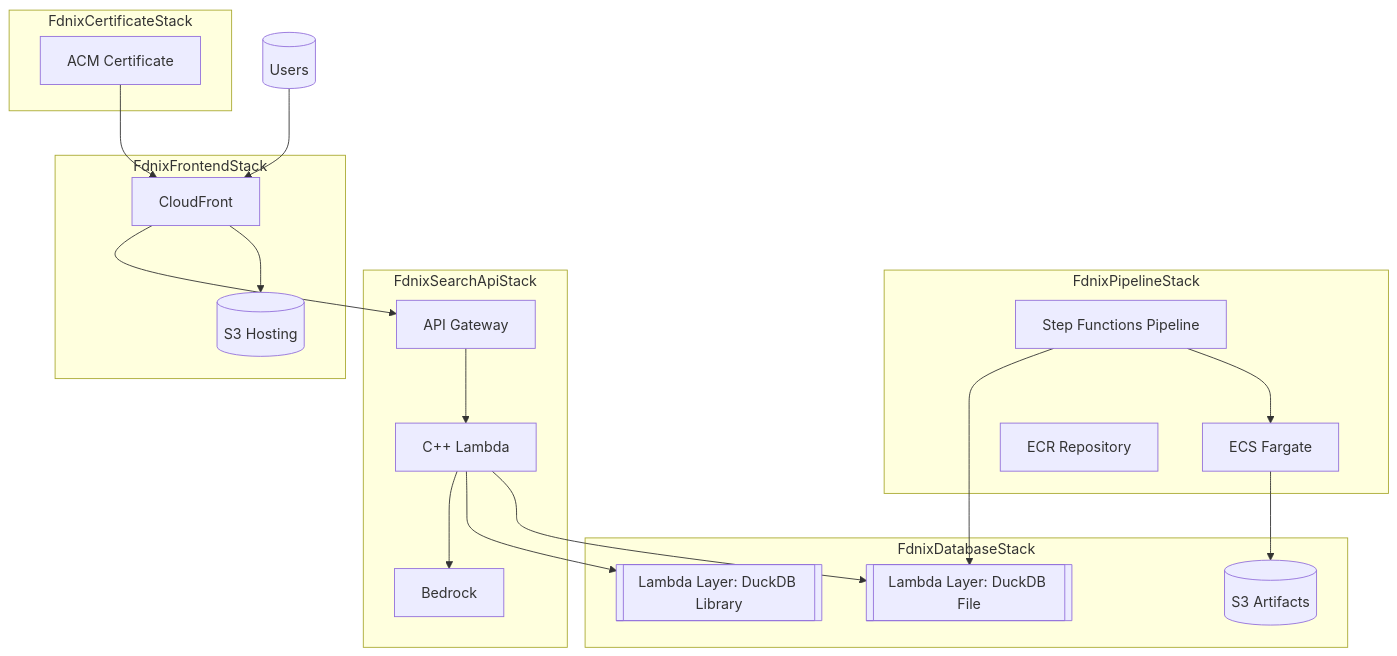
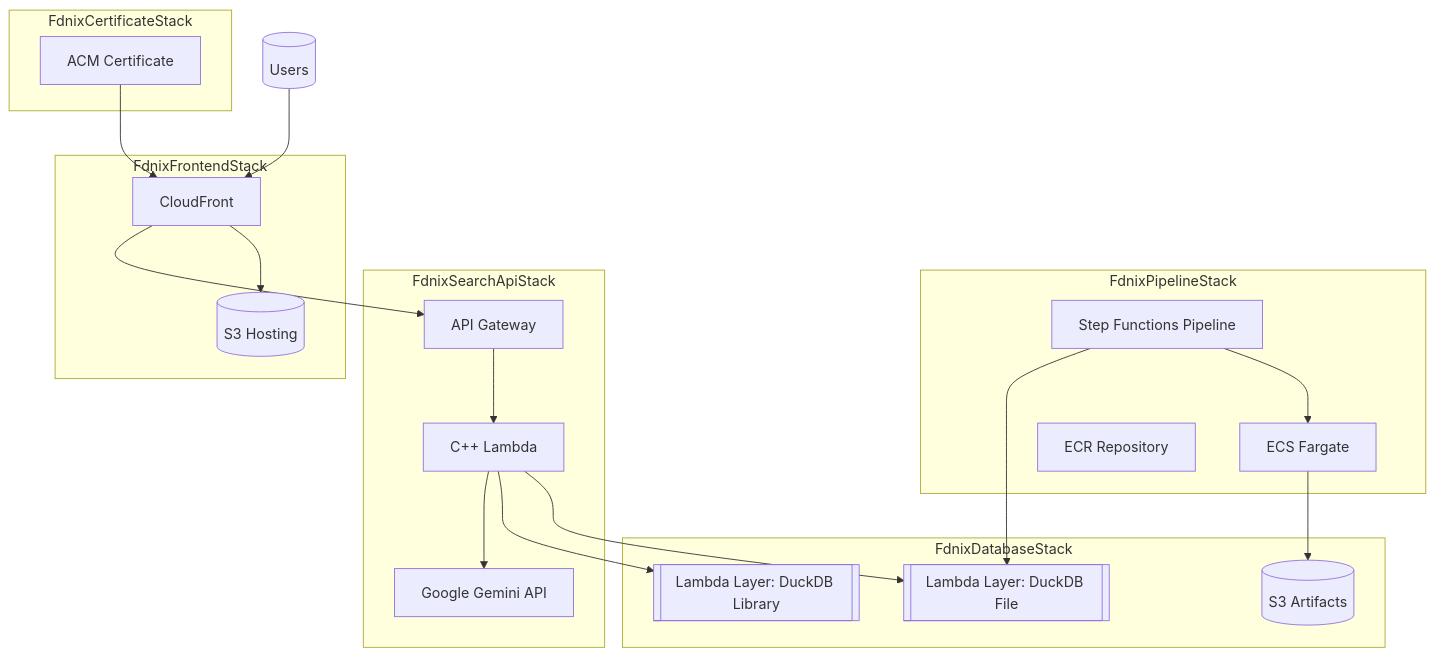
Before and after one commit to james-ralph8555/fdnix: the first of 4 diagrams in packages/cdk/README.md, drawn with Mermaid. The commit also changed other lines of this file and 18 other files, not shown here.

````diff
--- a/packages/cdk/README.md
+++ b/packages/cdk/README.md
@@ -17,43 +17,43 @@
 ```mermaid
 graph TD
     subgraph "FdnixCertificateStack"
         cert[ACM Certificate]
     end
 
     subgraph "FdnixDatabaseStack"
         s3_artifacts[(S3 Artifacts)]
         db_layer[[Lambda Layer: DuckDB File]]
         db_lib_layer[[Lambda Layer: DuckDB Library]]
     end
 
     subgraph "FdnixPipelineStack"
         sfn[Step Functions Pipeline]
         ecs[ECS Fargate]
         ecr[ECR Repository]
     end
 
     subgraph "FdnixSearchApiStack"
         api[API Gateway]
         lambda[C++ Lambda]
-        bedrock[Bedrock]
+        gemini[Google Gemini API]
     end
 
     subgraph "FdnixFrontendStack"
         cf[CloudFront]
         s3_hosting[(S3 Hosting)]
     end
 
     user[(Users)] --> cf
     cf --> s3_hosting
     cf --> api
     api --> lambda
     lambda --> db_layer
     lambda --> db_lib_layer
-    lambda --> bedrock
+    lambda --> gemini
 
     sfn --> ecs
     ecs --> s3_artifacts
     sfn --> db_layer
 
     cert --> cf
 ```
````
